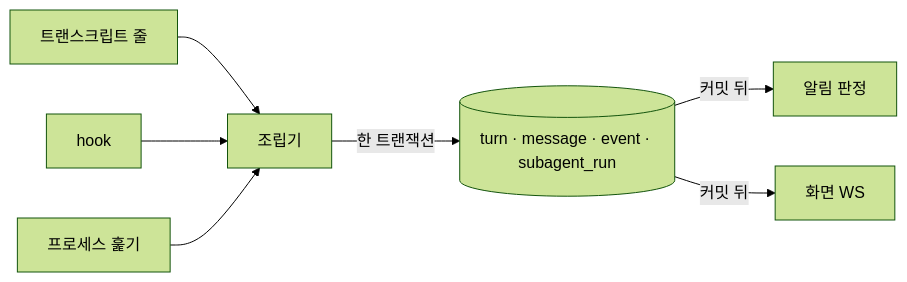
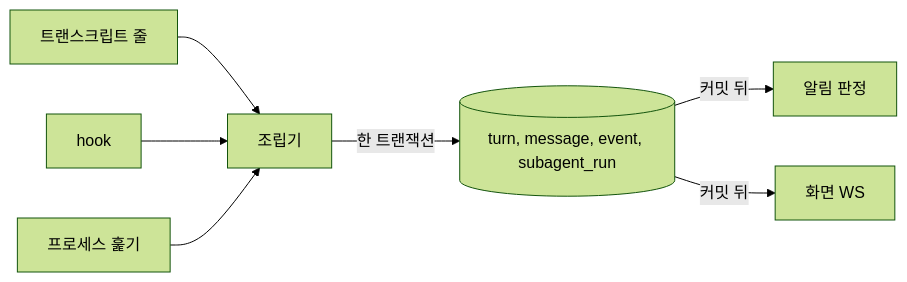
Before and after one commit to Gabriel-Joo/foreman: the diagram in notion/02_ingest/03_turns.md, drawn with Mermaid (forest theme). The commit also changed other lines of this file, not shown here.

````diff
--- a/notion/02_ingest/03_turns.md
+++ b/notion/02_ingest/03_turns.md
@@ -15,9 +15,9 @@
 ```mermaid
 flowchart LR
   A[트랜스크립트 줄] --> C[조립기]
   B[hook] --> C
   D[프로세스 훑기] --> C
-  C -->|한 트랜잭션| E[(turn · message · event · subagent_run)]
+  C -->|한 트랜잭션| E[(turn, message, event, subagent_run)]
   E -->|커밋 뒤| F[알림 판정]
   E -->|커밋 뒤| G[화면 WS]
 ```
````
